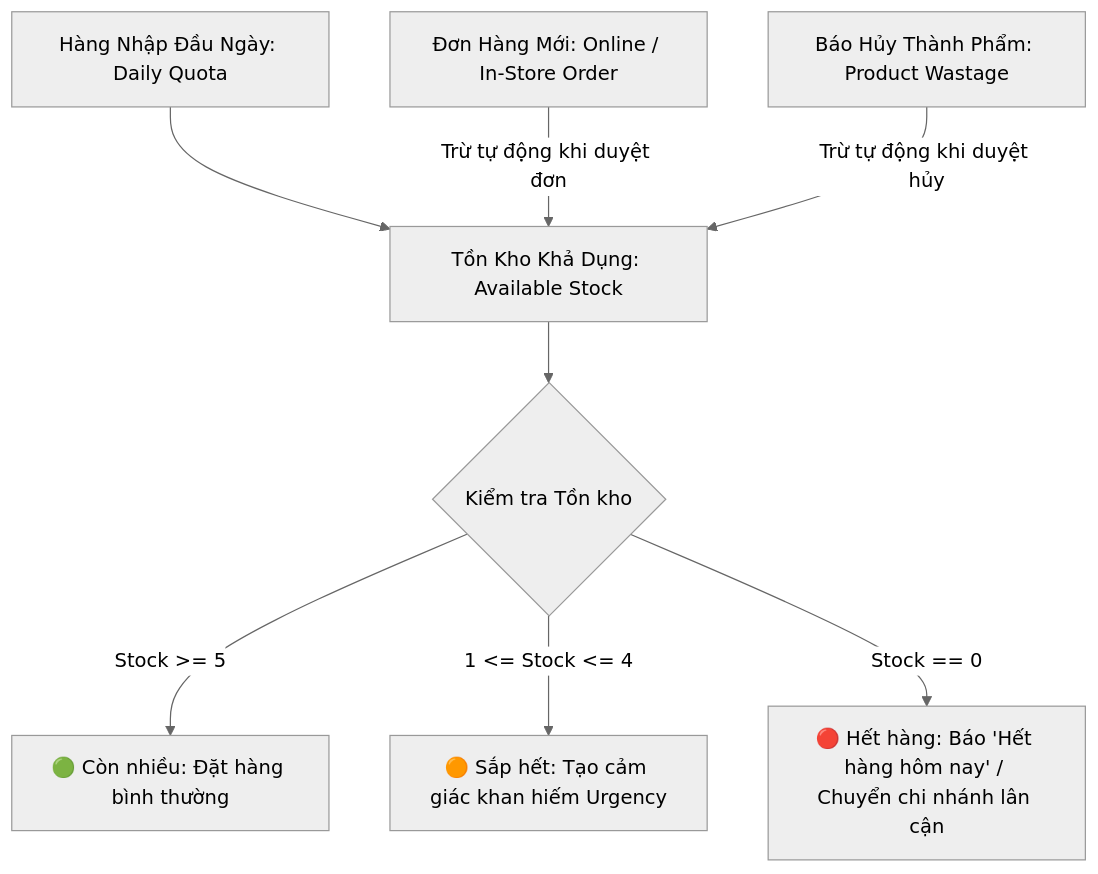
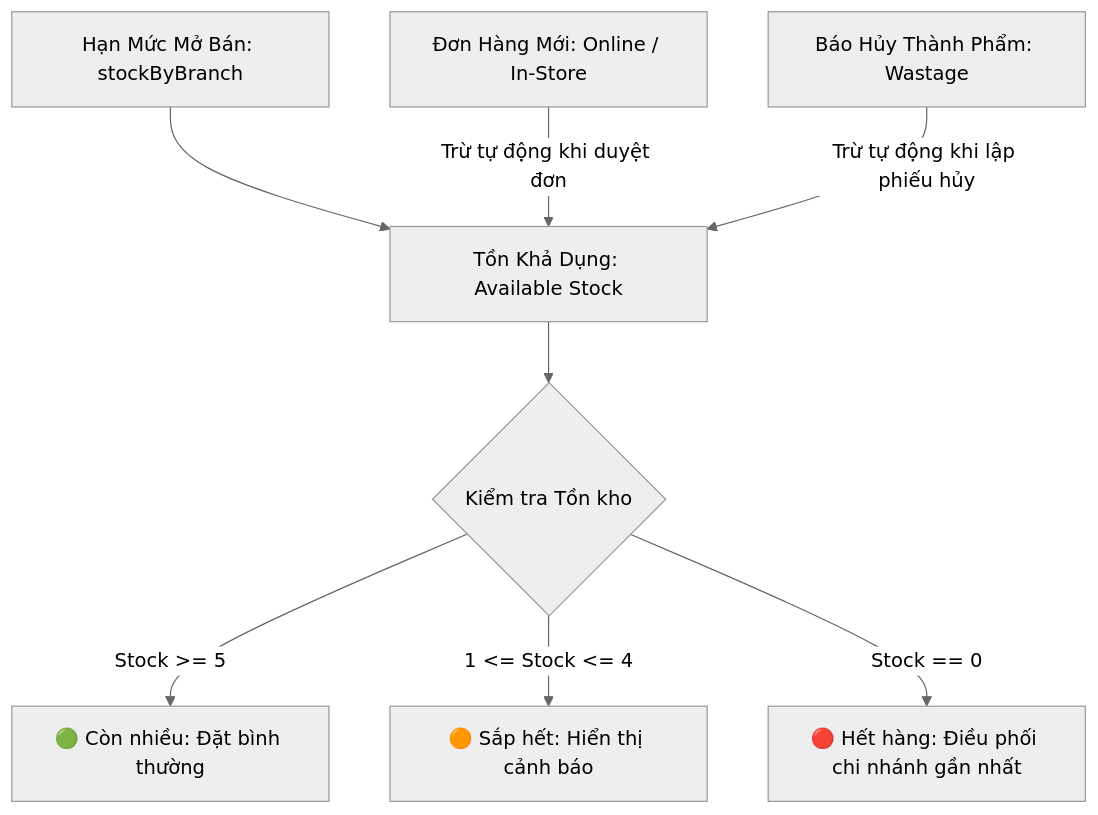
One commit to letrthong/telua_flower changed the second of 2 diagrams in docs/design/INVENTORY_AND_WASTAGE_LIFECYCLE_DESIGN.md. Above: the diagram before and after it, drawn with Mermaid (neutral theme). The commit also changed other lines of this file and 24 other files, not shown here.

````diff
--- a/docs/design/INVENTORY_AND_WASTAGE_LIFECYCLE_DESIGN.md
+++ b/docs/design/INVENTORY_AND_WASTAGE_LIFECYCLE_DESIGN.md
@@ -284,10 +65,10 @@
 ```mermaid
 graph TD
-    A[Hàng Nhập Đầu Ngày: Daily Quota] --> D[Tồn Kho Khả Dụng: Available Stock]
-    B[Đơn Hàng Mới: Online / In-Store Order] -->|Trừ tự động khi duyệt đơn| D
-    C[Báo Hủy Thành Phẩm: Product Wastage] -->|Trừ tự động khi duyệt hủy| D
+    A[Hạn Mức Mở Bán: stockByBranch] --> D[Tồn Khả Dụng: Available Stock]
+    B[Đơn Hàng Mới: Online / In-Store] -->|Trừ tự động khi duyệt đơn| D
+    C[Báo Hủy Thành Phẩm: Wastage] -->|Trừ tự động khi lập phiếu hủy| D
     D --> E{Kiểm tra Tồn kho}
-    E -->|Stock >= 5| F[🟢 Còn nhiều: Đặt hàng bình thường]
-    E -->|1 <= Stock <= 4| G[🟠 Sắp hết: Tạo cảm giác khan hiếm Urgency]
-    E -->|Stock == 0| H[🔴 Hết hàng: Báo 'Hết hàng hôm nay' / Chuyển chi nhánh lân cận]
+    E -->|Stock >= 5| F[🟢 Còn nhiều: Đặt bình thường]
+    E -->|1 <= Stock <= 4| G[🟠 Sắp hết: Hiển thị cảnh báo]
+    E -->|Stock == 0| H[🔴 Hết hàng: Điều phối chi nhánh gần nhất]
 ```
````
